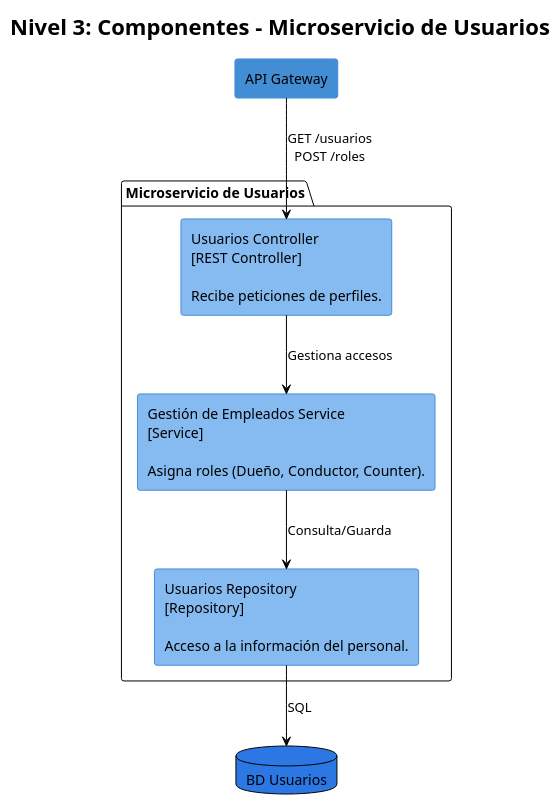
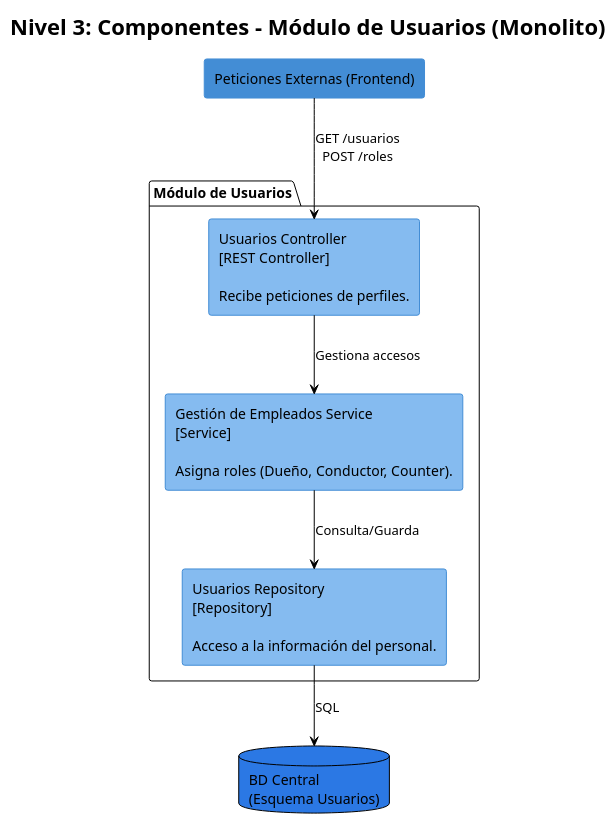
One commit to FloppaFlopita/TRANS_SYNC_DOCS changed the diagram in 1-MODELO_C4/Nivel_3_Contexto/c4_nivel3_usuarios.puml. Above: the diagram before and after it, drawn with PlantUML. The commit also changed 24 other files, not shown here.

```diff
--- a/1-MODELO_C4/Nivel_3_Contexto/c4_nivel3_usuarios.puml
+++ b/1-MODELO_C4/Nivel_3_Contexto/c4_nivel3_usuarios.puml
@@ -1,24 +1,24 @@
 @startuml
 !theme plain
 skinparam rectangle {
     BackgroundColor #85bbf0
     BorderColor #438dd5
 }
 
-title Nivel 3: Componentes - Microservicio de Usuarios
+title Nivel 3: Componentes - Módulo de Usuarios (Monolito)
 
-rectangle "API Gateway" as api #438dd5
+rectangle "Peticiones Externas (Frontend)" as api #438dd5
 
-package "Microservicio de Usuarios" {
+package "Módulo de Usuarios" {
     rectangle "Usuarios Controller\n[REST Controller]\n\nRecibe peticiones de perfiles." as controller
     rectangle "Gestión de Empleados Service\n[Service]\n\nAsigna roles (Dueño, Conductor, Counter)." as service
     rectangle "Usuarios Repository\n[Repository]\n\nAcceso a la información del personal." as repository
 }
 
-database "BD Usuarios" as bd_usuarios #2b78e4
+database "BD Central\n(Esquema Usuarios)" as bd_usuarios #2b78e4
 
 api --> controller : GET /usuarios\nPOST /roles
 controller --> service : Gestiona accesos
 service --> repository : Consulta/Guarda
 repository --> bd_usuarios : SQL
 @enduml
```
